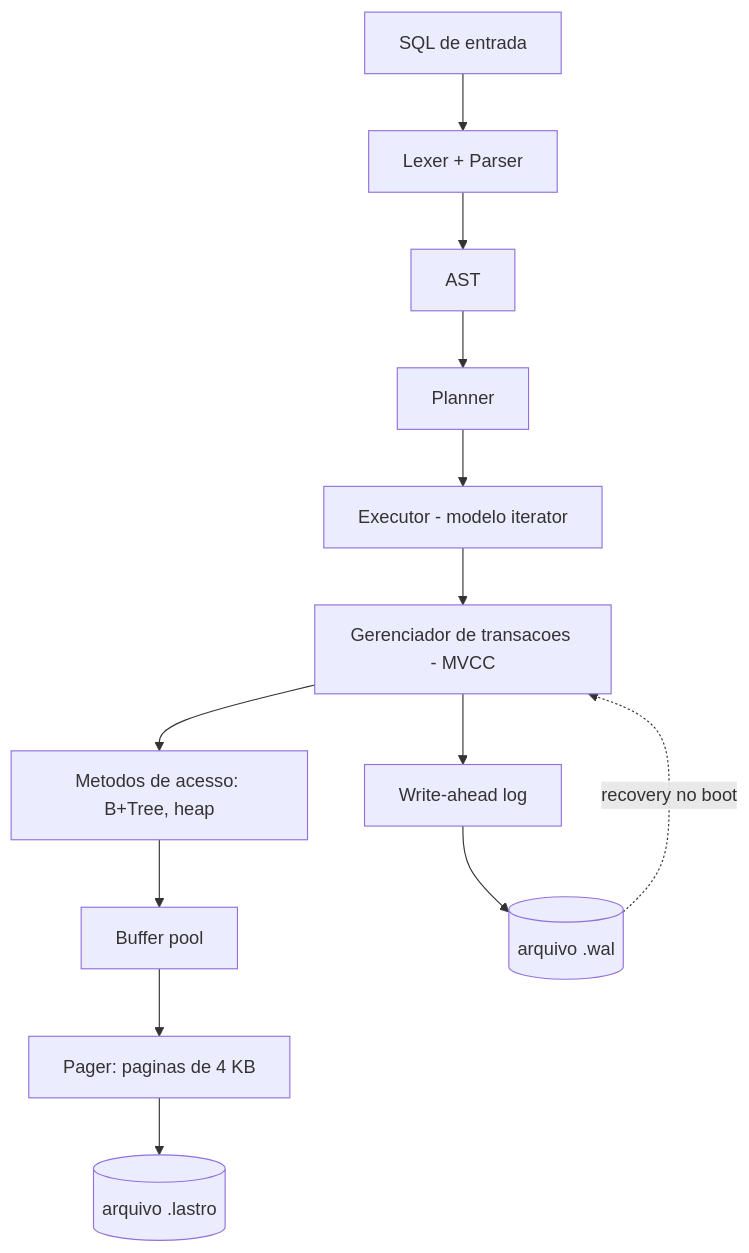
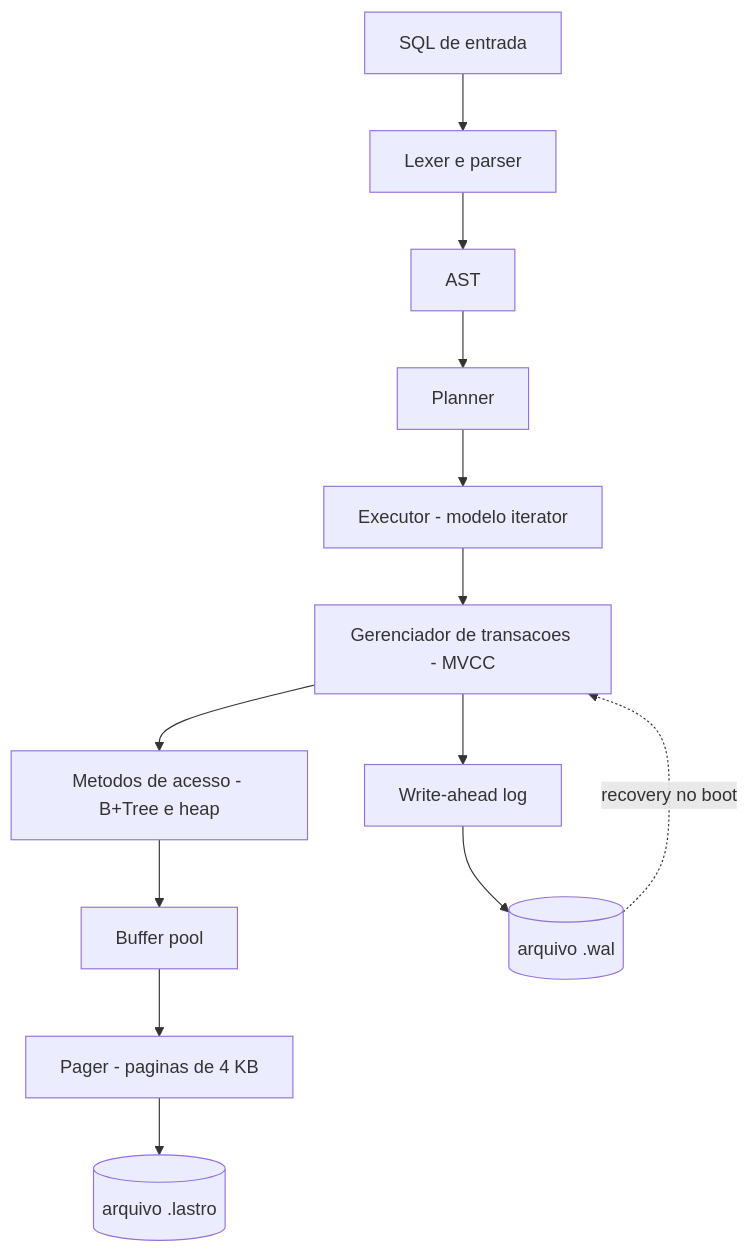
Before and after one commit to madeiragab/lastro: the diagram in README.md, drawn with Mermaid. The commit also changed other lines of this file and 1 other file, not shown here.

````diff
--- a/README.md
+++ b/README.md
@@ -44,15 +64,15 @@
 ```mermaid
 flowchart TD
-    SQL["SQL de entrada"] --> LEX["Lexer + Parser"]
+    SQL["SQL de entrada"] --> LEX["Lexer e parser"]
     LEX --> AST["AST"]
     AST --> PLAN["Planner"]
     PLAN --> EXEC["Executor - modelo iterator"]
     EXEC --> TXN["Gerenciador de transacoes - MVCC"]
-    TXN --> ACCESS["Metodos de acesso: B+Tree, heap"]
+    TXN --> ACCESS["Metodos de acesso - B+Tree e heap"]
     ACCESS --> BUF["Buffer pool"]
-    BUF --> PAGER["Pager: paginas de 4 KB"]
+    BUF --> PAGER["Pager - paginas de 4 KB"]
     PAGER --> DISK[("arquivo .lastro")]
     TXN --> WAL["Write-ahead log"]
     WAL --> WALFILE[("arquivo .wal")]
     WALFILE -.->|recovery no boot| TXN
 ```
````
